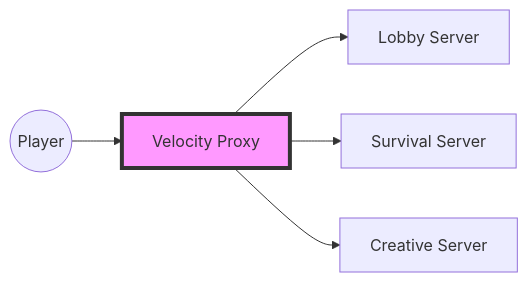
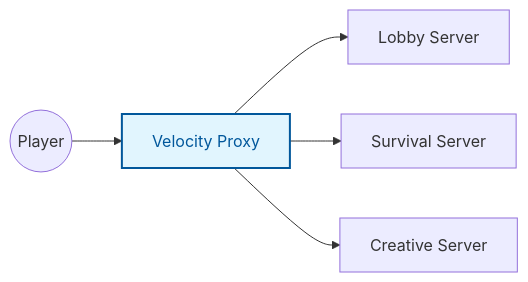
One commit to Earth1283/OpenWiki changed the diagram in docs/source/networking.rst. Above: the diagram before and after it, drawn with Mermaid. The commit also changed 3 other files, not shown here.

```diff
--- a/docs/source/networking.rst
+++ b/docs/source/networking.rst
@@ -11,9 +11,9 @@
 .. mermaid::
 
    graph LR
        Player((Player)) --> Proxy[Velocity Proxy]
        Proxy --> Lobby[Lobby Server]
        Proxy --> Survival[Survival Server]
        Proxy --> Creative[Creative Server]
        
-       style Proxy fill:#f9f,stroke:#333,stroke-width:4px
+       style Proxy fill:#e1f5fe,stroke:#01579b,stroke-width:2px,color:#01579b
```
